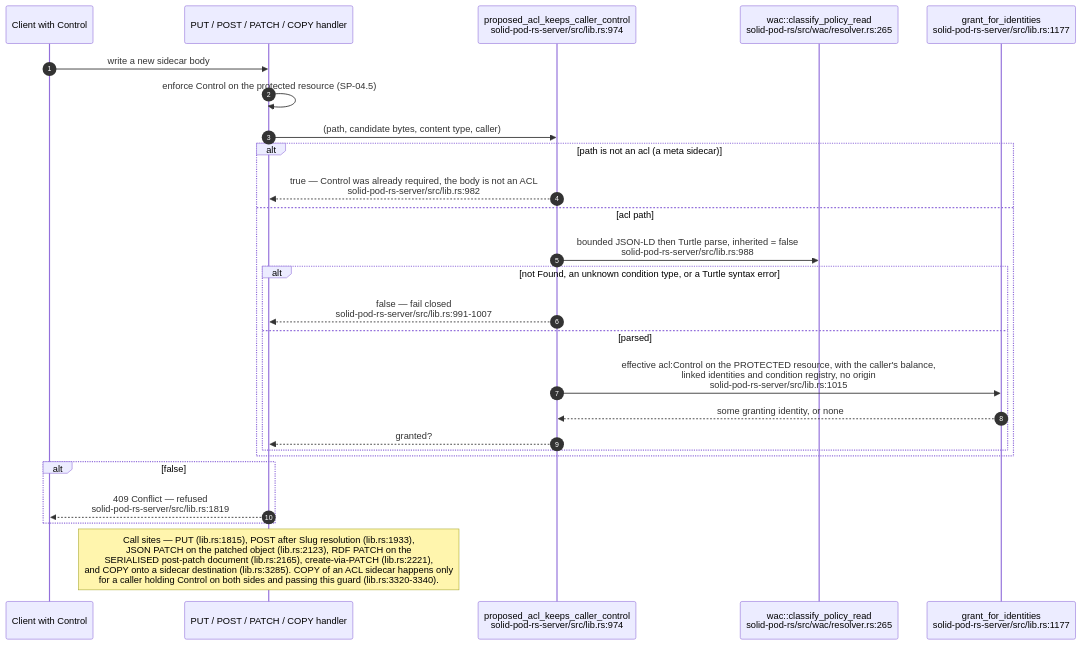
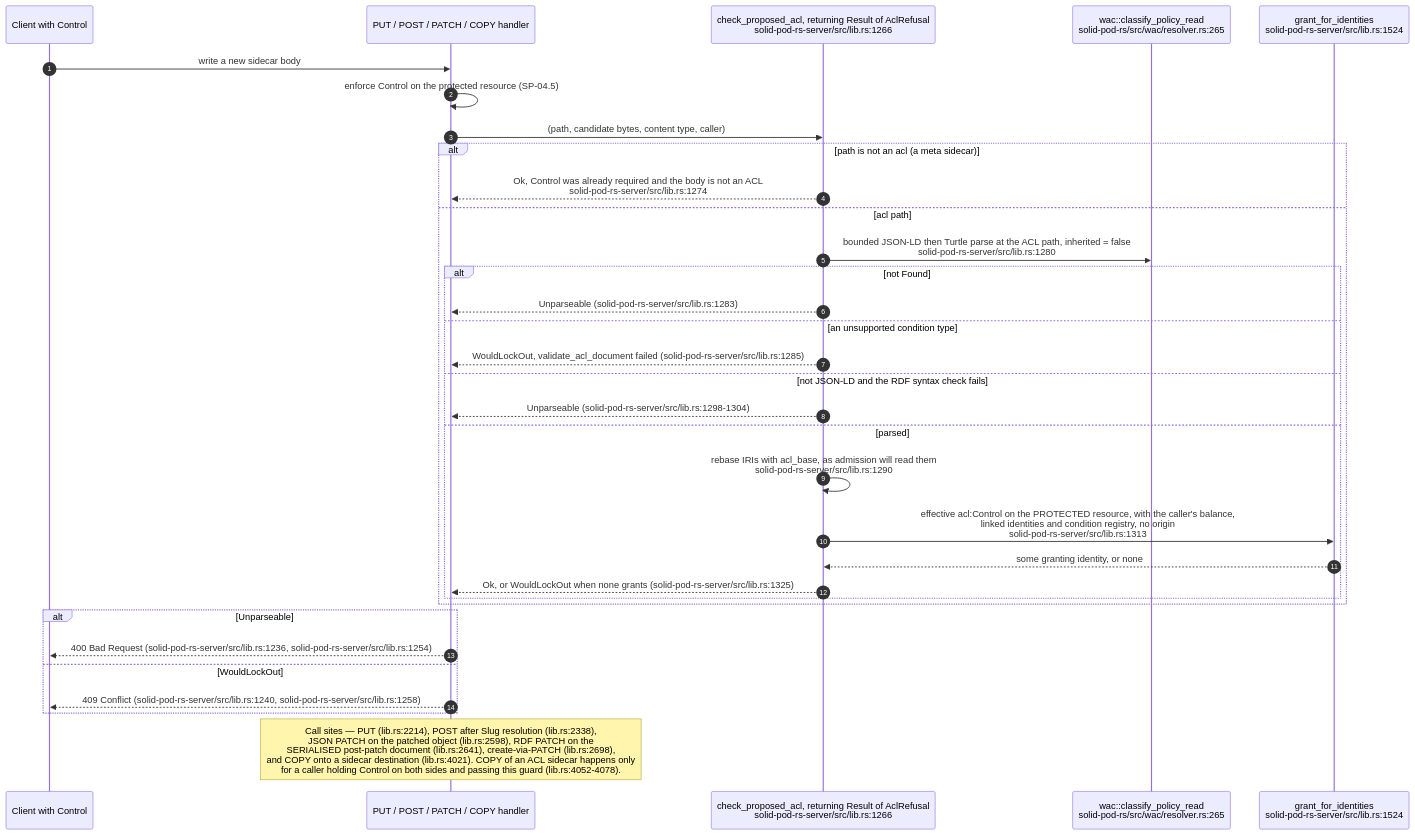
The sixth of 16 diagrams in docs/diagrams/solid-pod-rs/04-wac-authorisation.md (DreamLab-AI/VisionFlow), drawn with Mermaid before and after one commit. The commit also changed other lines of this file, not shown here.

First line of the commit message:
docs(diagrams): SP-04 re-verified at solid-pod-rs a28a748

````diff
--- a/docs/diagrams/solid-pod-rs/04-wac-authorisation.md
+++ b/docs/diagrams/solid-pod-rs/04-wac-authorisation.md
@@ -204,29 +214,36 @@
 ```mermaid
 sequenceDiagram
     autonumber
     participant C as Client with Control
     participant H as PUT / POST / PATCH / COPY handler
-    participant G as proposed_acl_keeps_caller_control<br/>solid-pod-rs-server/src/lib.rs:974
+    participant G as check_proposed_acl, returning Result of AclRefusal<br/>solid-pod-rs-server/src/lib.rs:1266
     participant CP as wac::classify_policy_read<br/>solid-pod-rs/src/wac/resolver.rs:265
-    participant GI as grant_for_identities<br/>solid-pod-rs-server/src/lib.rs:1177
+    participant GI as grant_for_identities<br/>solid-pod-rs-server/src/lib.rs:1524
 
     C->>H: write a new sidecar body
     H->>H: enforce Control on the protected resource (SP-04.5)
     H->>G: (path, candidate bytes, content type, caller)
     alt path is not an acl (a meta sidecar)
-        G-->>H: true — Control was already required, the body is not an ACL<br/>solid-pod-rs-server/src/lib.rs:982
+        G-->>H: Ok, Control was already required and the body is not an ACL<br/>solid-pod-rs-server/src/lib.rs:1274
     else acl path
-        G->>CP: bounded JSON-LD then Turtle parse, inherited = false<br/>solid-pod-rs-server/src/lib.rs:988
-        alt not Found, an unknown condition type, or a Turtle syntax error
-            G-->>H: false — fail closed<br/>solid-pod-rs-server/src/lib.rs:991-1007
+        G->>CP: bounded JSON-LD then Turtle parse at the ACL path, inherited = false<br/>solid-pod-rs-server/src/lib.rs:1280
+        alt not Found
+            G-->>H: Unparseable (solid-pod-rs-server/src/lib.rs:1283)
+        else an unsupported condition type
+            G-->>H: WouldLockOut, validate_acl_document failed (solid-pod-rs-server/src/lib.rs:1285)
+        else not JSON-LD and the RDF syntax check fails
+            G-->>H: Unparseable (solid-pod-rs-server/src/lib.rs:1298-1304)
         else parsed
-            G->>GI: effective acl:Control on the PROTECTED resource, with the caller's balance,<br/>linked identities and condition registry, no origin<br/>solid-pod-rs-server/src/lib.rs:1015
+            G->>G: rebase IRIs with acl_base, as admission will read them<br/>solid-pod-rs-server/src/lib.rs:1290
+            G->>GI: effective acl:Control on the PROTECTED resource, with the caller's balance,<br/>linked identities and condition registry, no origin<br/>solid-pod-rs-server/src/lib.rs:1313
             GI-->>G: some granting identity, or none
-            G-->>H: granted?
+            G-->>H: Ok, or WouldLockOut when none grants (solid-pod-rs-server/src/lib.rs:1325)
         end
     end
-    alt false
-        H-->>C: 409 Conflict — refused<br/>solid-pod-rs-server/src/lib.rs:1819
+    alt Unparseable
+        H-->>C: 400 Bad Request (solid-pod-rs-server/src/lib.rs:1236, solid-pod-rs-server/src/lib.rs:1254)
+    else WouldLockOut
+        H-->>C: 409 Conflict (solid-pod-rs-server/src/lib.rs:1240, solid-pod-rs-server/src/lib.rs:1258)
     end
-    Note over H: Call sites — PUT (lib.rs:1815), POST after Slug resolution (lib.rs:1933),<br/>JSON PATCH on the patched object (lib.rs:2123), RDF PATCH on the<br/>SERIALISED post-patch document (lib.rs:2165), create-via-PATCH (lib.rs:2221),<br/>and COPY onto a sidecar destination (lib.rs:3285). COPY of an ACL sidecar happens only<br/>for a caller holding Control on both sides and passing this guard (lib.rs:3320-3340).
+    Note over H: Call sites — PUT (lib.rs:2214), POST after Slug resolution (lib.rs:2338),<br/>JSON PATCH on the patched object (lib.rs:2598), RDF PATCH on the<br/>SERIALISED post-patch document (lib.rs:2641), create-via-PATCH (lib.rs:2698),<br/>and COPY onto a sidecar destination (lib.rs:4021). COPY of an ACL sidecar happens only<br/>for a caller holding Control on both sides and passing this guard (lib.rs:4052-4078).
 ```
````
